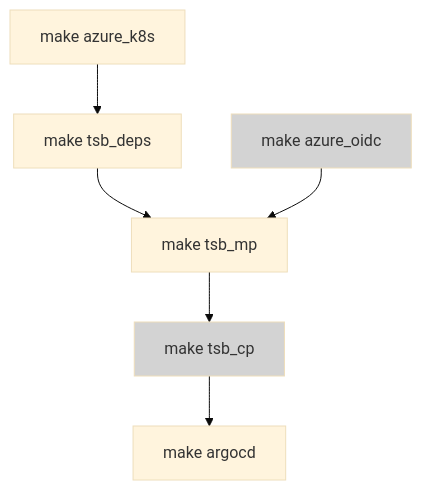
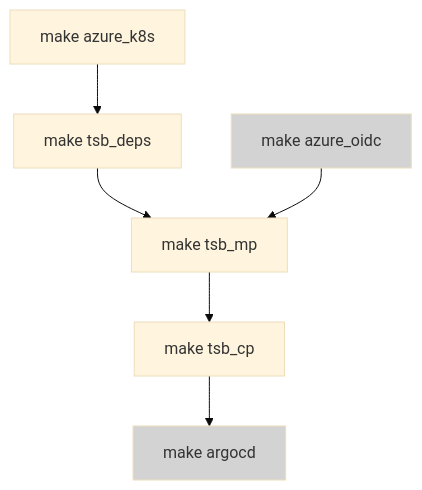
One commit to tetratelabs/tetrate-service-bridge-sandbox changed the diagram in README.md. Above: the diagram before and after it, drawn with Mermaid (base theme). The commit also changed other lines of this file, not shown here.

````diff
--- a/README.md
+++ b/README.md
@@ -7,10 +7,10 @@
 ```mermaid
   graph TD;
       A[make azure_k8s] --> B[make tsb_deps]
       B[make tsb_deps] --> C[make tsb_mp]
       Y[make azure_oidc] --> C[make tsb_mp]
       C[make tsb_mp] --> D[make tsb_cp]
       D[make tsb_cp] --> E[make argocd]
       style Y fill:lightgrey
-      style D fill:lightgrey
+      style E fill:lightgrey
 ```
````
